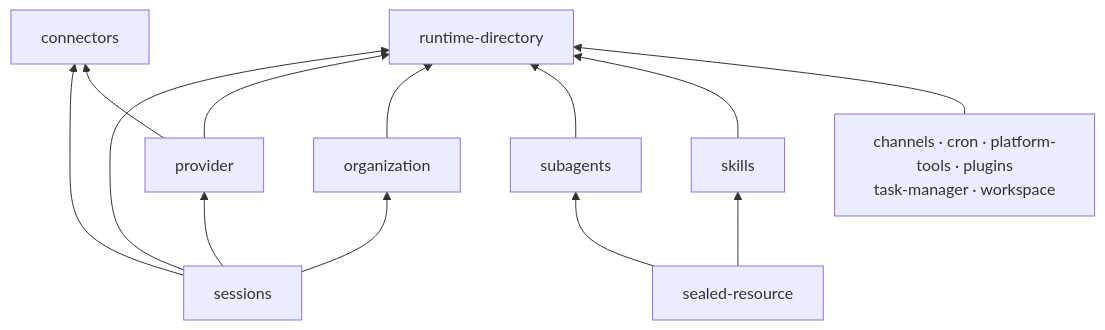
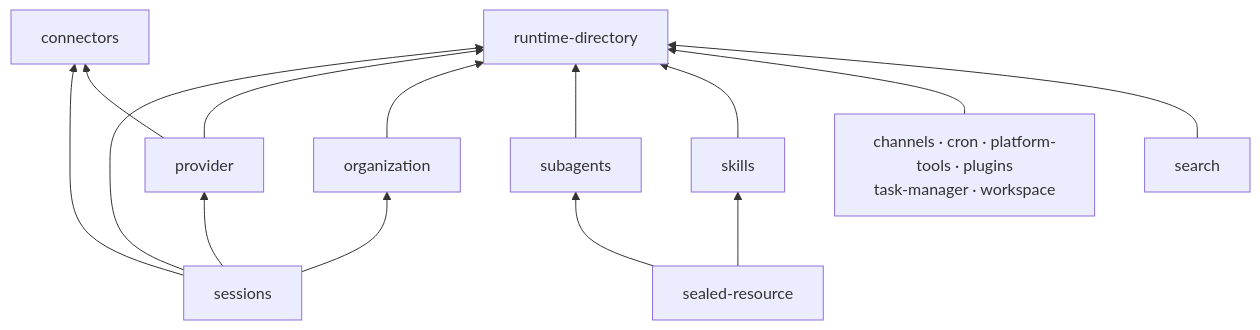
Before and after one commit to hellowKeyzj/Matcha-claw: the fourth of 7 diagrams in docs/architecture/layered-architecture.md, drawn with Mermaid. The commit also changed other lines of this file and 314 other files, not shown here.

````diff
--- a/docs/architecture/layered-architecture.md
+++ b/docs/architecture/layered-architecture.md
@@ -392,25 +404,27 @@
 ```mermaid
 flowchart BT
   Directory["runtime-directory"]
   Six["channels · cron · platform-tools · plugins\ntask-manager · workspace"]
   Organization[organization]
   Provider[provider]
   Connectors[connectors]
   Sessions[sessions]
   Sealed["sealed-resource"]
   Skills[skills]
   Subagents[subagents]
+  Search[search]
 
+  Search --> Directory
   Six --> Directory
   Skills --> Directory
   Subagents --> Directory
   Organization --> Directory
   Provider --> Connectors
   Provider --> Directory
   Sessions --> Connectors
   Sessions --> Organization
   Sessions --> Provider
   Sessions --> Directory
   Sealed --> Skills
   Sealed --> Subagents
 ```
````
